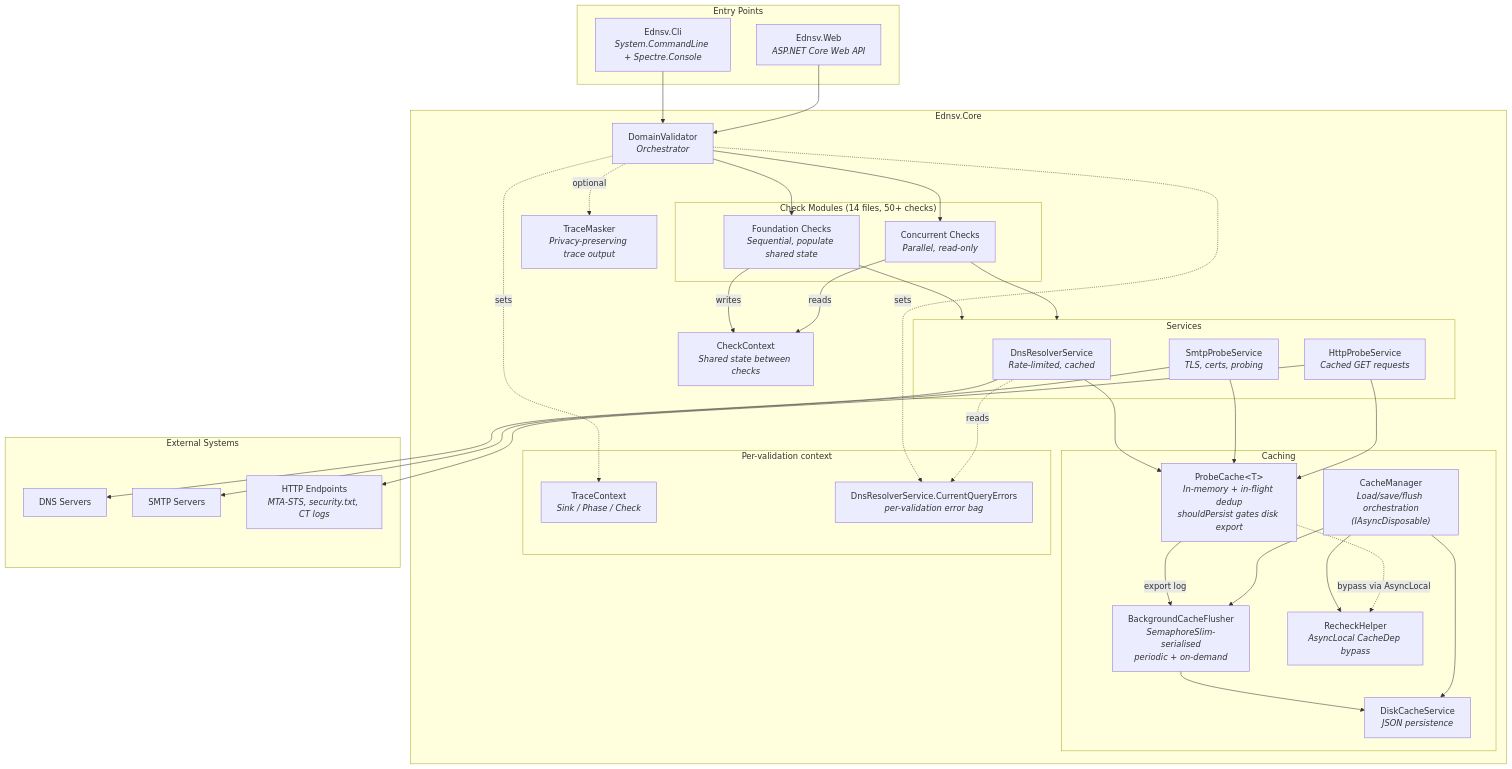
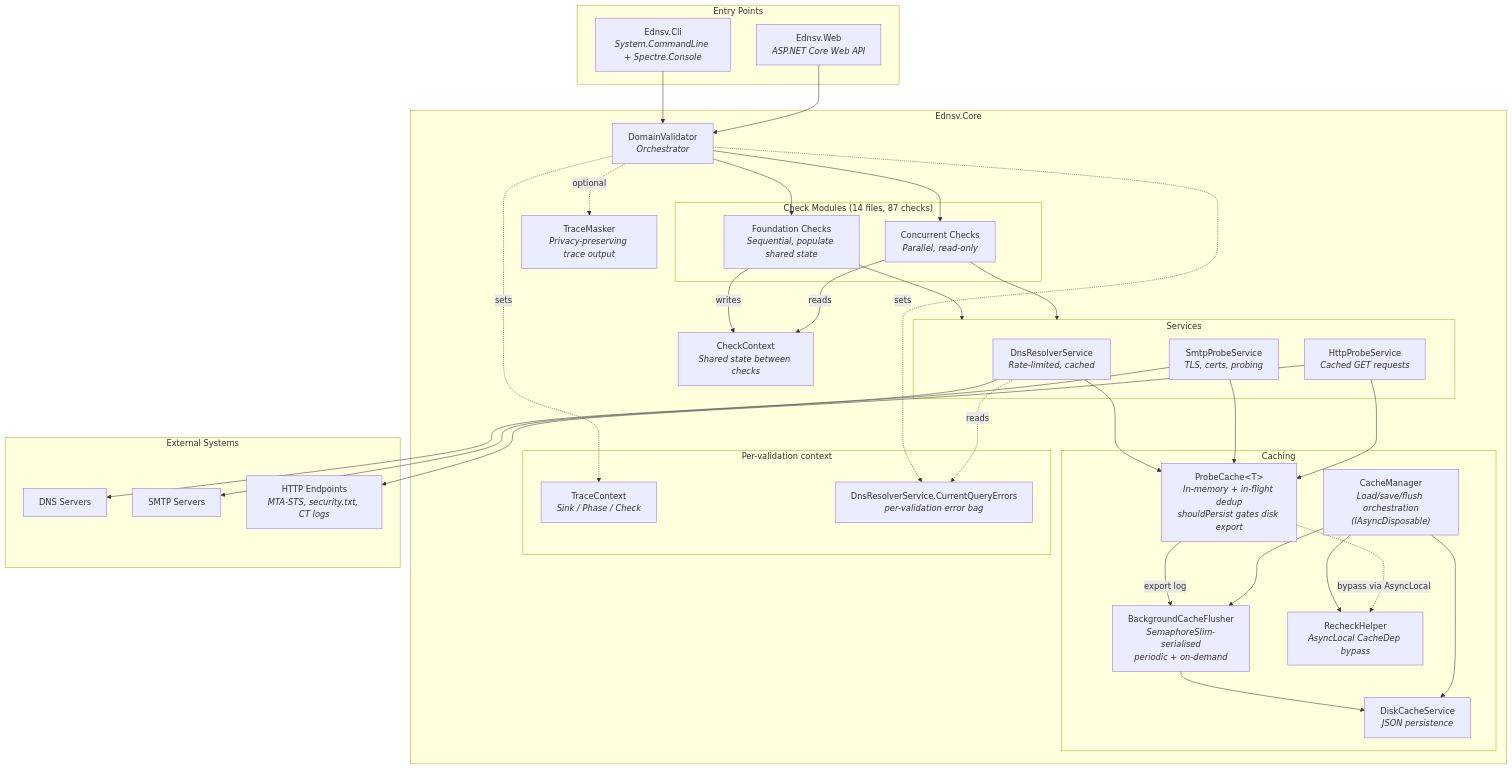
One commit to pkinerd/ednsv changed the diagram in docs/architecture.md. Above: the diagram before and after it, drawn with Mermaid. The commit also changed other lines of this file and 7 other files, not shown here.

````diff
--- a/docs/architecture.md
+++ b/docs/architecture.md
@@ -7,70 +7,70 @@
 ```mermaid
 graph TD
     subgraph Entry Points
         CLI["Ednsv.Cli<br/><i>System.CommandLine + Spectre.Console</i>"]
         WEB["Ednsv.Web<br/><i>ASP.NET Core Web API</i>"]
     end
 
     subgraph "Ednsv.Core"
         DV["DomainValidator<br/><i>Orchestrator</i>"]
 
-        subgraph Checks["Check Modules (14 files, 50+ checks)"]
+        subgraph Checks["Check Modules (14 files, 87 checks)"]
             FC["Foundation Checks<br/><i>Sequential, populate shared state</i>"]
             CC["Concurrent Checks<br/><i>Parallel, read-only</i>"]
         end
 
         CTX["CheckContext<br/><i>Shared state between checks</i>"]
 
         subgraph Services
             DNS["DnsResolverService<br/><i>Rate-limited, cached</i>"]
             SMTP["SmtpProbeService<br/><i>TLS, certs, probing</i>"]
             HTTP["HttpProbeService<br/><i>Cached GET requests</i>"]
         end
 
         subgraph Caching
             PC["ProbeCache&lt;T&gt;<br/><i>In-memory + in-flight dedup<br/>shouldPersist gates disk export</i>"]
             DISK["DiskCacheService<br/><i>JSON persistence</i>"]
             FLUSH["BackgroundCacheFlusher<br/><i>SemaphoreSlim-serialised<br/>periodic + on-demand</i>"]
             CM["CacheManager<br/><i>Load/save/flush orchestration<br/>(IAsyncDisposable)</i>"]
             RH["RecheckHelper<br/><i>AsyncLocal CacheDep bypass</i>"]
         end
 
         subgraph Async["Per-validation context"]
             TC["TraceContext<br/><i>Sink / Phase / Check</i>"]
             CQE["DnsResolverService.CurrentQueryErrors<br/><i>per-validation error bag</i>"]
         end
 
         TM["TraceMasker<br/><i>Privacy-preserving trace output</i>"]
     end
 
     subgraph External["External Systems"]
         DNSSRV["DNS Servers"]
         SMTPSRV["SMTP Servers"]
         HTTPSRV["HTTP Endpoints<br/><i>MTA-STS, security.txt, CT logs</i>"]
     end
 
     CLI --> DV
     WEB --> DV
     DV --> FC
     DV --> CC
     FC -->|writes| CTX
     CC -->|reads| CTX
     FC --> Services
     CC --> Services
     DNS --> PC
     SMTP --> PC
     HTTP --> PC
     PC -->|export log| FLUSH
     FLUSH --> DISK
     CM --> FLUSH
     CM --> DISK
     CM --> RH
     PC -.->|bypass via AsyncLocal| RH
     DV -.->|sets| TC
     DV -.->|sets| CQE
     DNS -.->|reads| CQE
     DNS --> DNSSRV
     SMTP --> SMTPSRV
     HTTP --> HTTPSRV
     DV -.->|optional| TM
 ```
````
